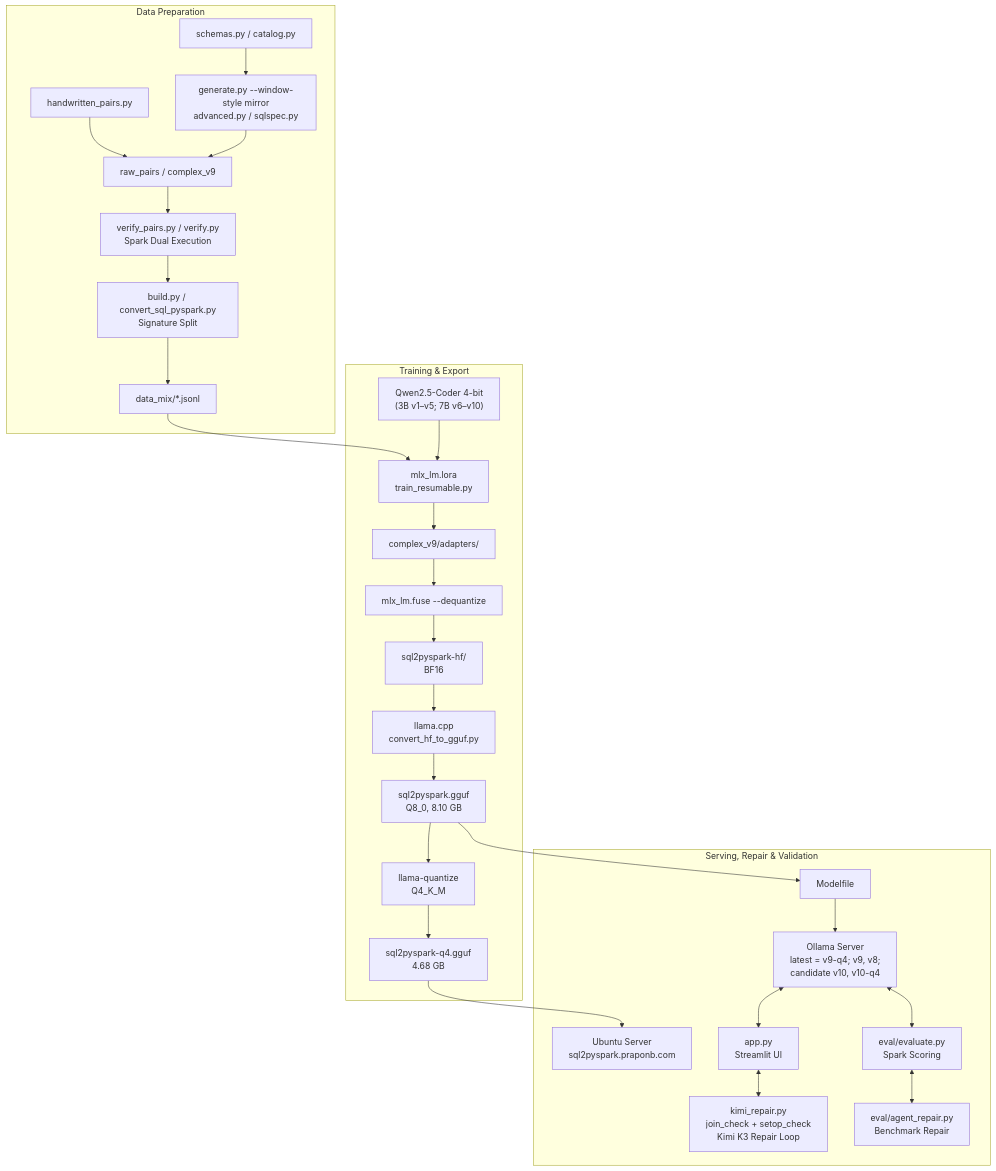
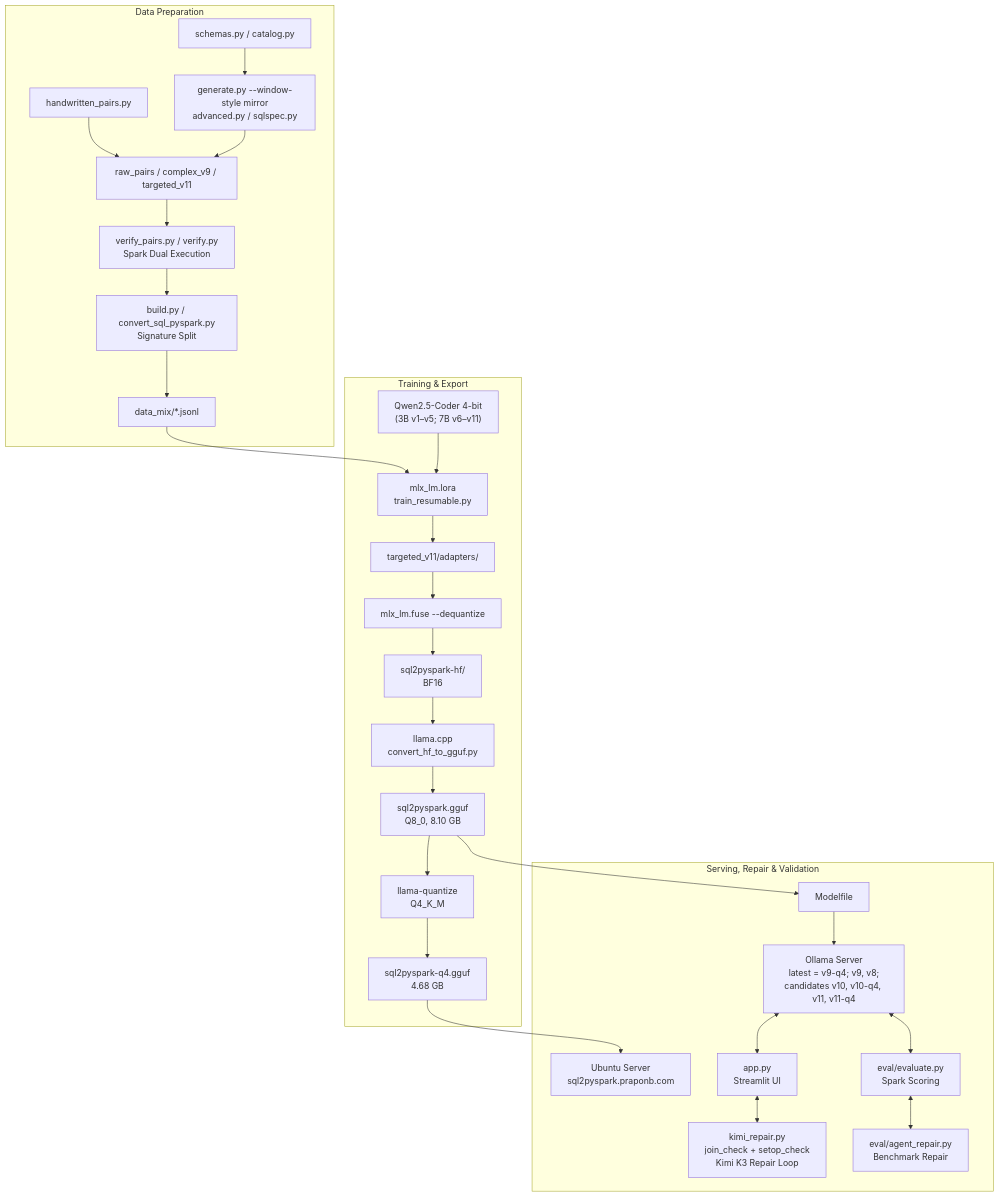
The diagram in PROJECT_DOCUMENTATION.md (praponb/Finetuning-LLM), drawn with Mermaid before and after one commit. The commit also changed other lines of this file and 25 other files, not shown here.

First line of the commit message:
v11: train results, v11-q4 evals (incl. 300 held-out targeted pairs vs. v10-q4 / v9-q4), docs in one pass

````diff
--- a/PROJECT_DOCUMENTATION.md
+++ b/PROJECT_DOCUMENTATION.md
@@ -46,33 +47,33 @@
 ```mermaid
 flowchart TD
     subgraph DataPrep [Data Preparation]
         Schemas[schemas.py / catalog.py] --> Gen[generate.py --window-style mirror<br/>advanced.py / sqlspec.py]
         HW[handwritten_pairs.py] --> Raw
-        Gen --> Raw[raw_pairs / complex_v9]
+        Gen --> Raw[raw_pairs / complex_v9 / targeted_v11]
         Raw --> SparkCheck[verify_pairs.py / verify.py<br/>Spark Dual Execution]
         SparkCheck --> Split[build.py / convert_sql_pyspark.py<br/>Signature Split]
         Split --> JSONL[data_mix/*.jsonl]
     end
 
     subgraph TrainPhase [Training & Export]
         JSONL --> MLX[mlx_lm.lora<br/>train_resumable.py]
-        BaseModel["Qwen2.5-Coder 4-bit<br/>(3B v1–v5; 7B v6–v10)"] --> MLX
-        MLX --> Adapters[complex_v9/adapters/]
+        BaseModel["Qwen2.5-Coder 4-bit<br/>(3B v1–v5; 7B v6–v11)"] --> MLX
+        MLX --> Adapters[targeted_v11/adapters/]
         Adapters --> Fuse[mlx_lm.fuse --dequantize]
         Fuse --> HF[sql2pyspark-hf/<br/>BF16]
         HF --> Llama[llama.cpp<br/>convert_hf_to_gguf.py]
         Llama --> GGUF[sql2pyspark.gguf<br/>Q8_0, 8.10 GB]
         GGUF --> Quant[llama-quantize<br/>Q4_K_M]
         Quant --> Q4GGUF[sql2pyspark-q4.gguf<br/>4.68 GB]
     end
 
     subgraph ServeEval [Serving, Repair & Validation]
         GGUF --> Modelfile[Modelfile]
-        Modelfile --> Ollama[Ollama Server<br/>latest = v9-q4; v9, v8;<br/>candidate v10, v10-q4]
+        Modelfile --> Ollama[Ollama Server<br/>latest = v9-q4; v9, v8;<br/>candidates v10, v10-q4, v11, v11-q4]
         Q4GGUF --> OllamaServer[Ubuntu Server<br/>sql2pyspark.praponb.com]
         Ollama <--> Streamlit[app.py<br/>Streamlit UI]
         Streamlit <--> Kimi[kimi_repair.py<br/>join_check + setop_check<br/>Kimi K3 Repair Loop]
         Ollama <--> Eval[eval/evaluate.py<br/>Spark Scoring]
         Eval <--> AgentRepair[eval/agent_repair.py<br/>Benchmark Repair]
     end
 ```
````
